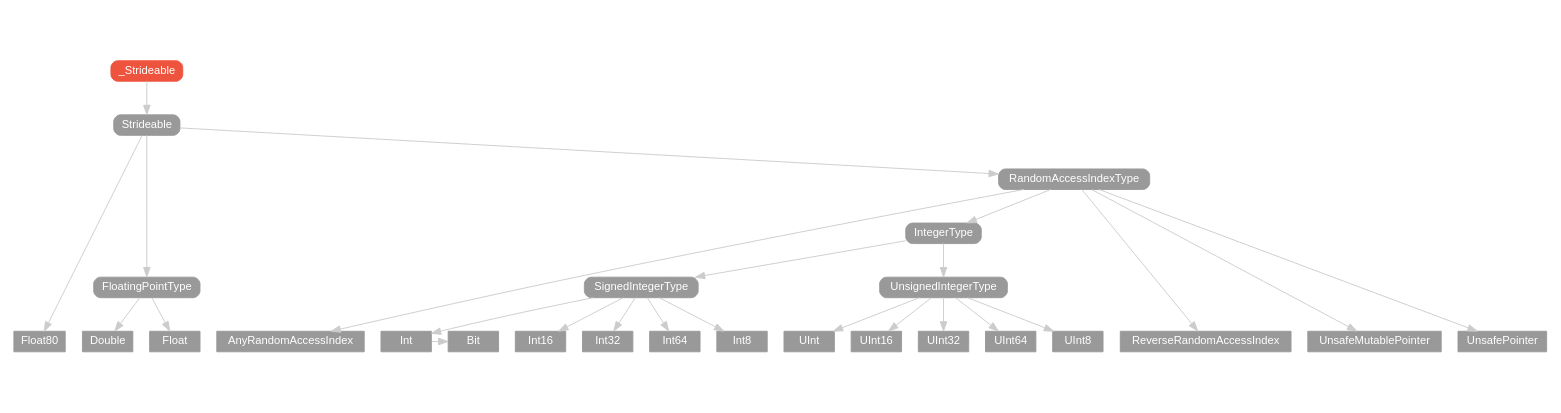
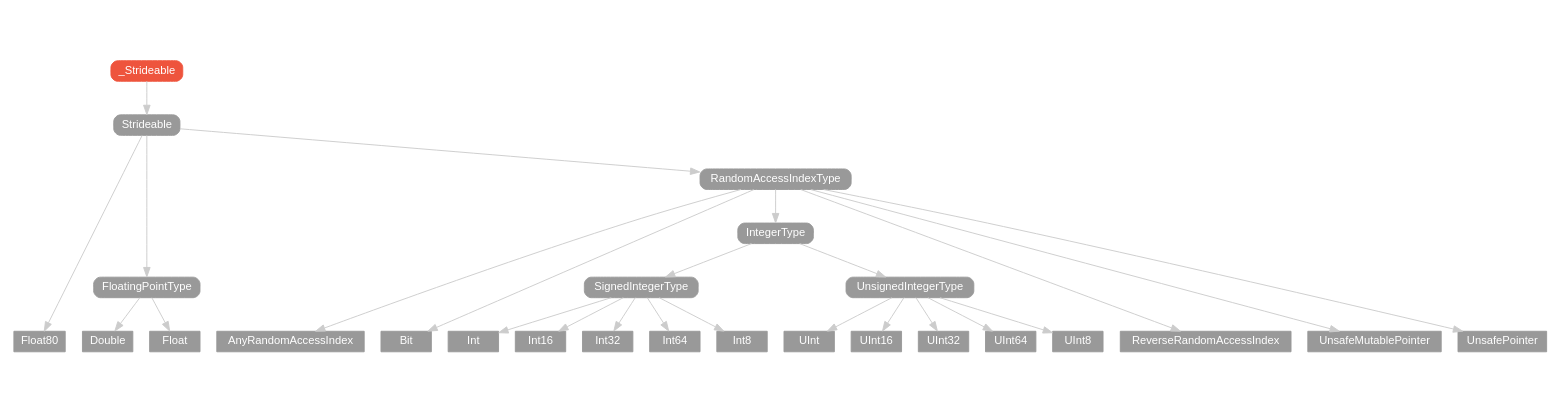
Before and after one commit to SwiftDoc/SwiftDoc.github.io: the diagram in v2.0/protocol/_Strideable/hierarchy/index.dot, drawn with Graphviz. The commit also changed 682 other files, not shown here.

```diff
--- a/v2.0/protocol/_Strideable/hierarchy/index.dot
+++ b/v2.0/protocol/_Strideable/hierarchy/index.dot
@@ -1,56 +1,56 @@
 strict digraph "_Strideable - Type Hierarchy - SwiftDoc.org" {
     pad="0.1,0.8"
     node [shape=box, style="filled,rounded", color="#999999", fillcolor="#999999", fontcolor=white, fontname=Helvetica, fontnames="Helvetica,sansserif", fontsize=12, margin="0.07,0.05", height="0.3"]
     edge [color="#cccccc"]
-    "AnyRandomAccessIndex" [URL="/type/AnyRandomAccessIndex/", style=filled]
-    "Bit" [URL="/type/Bit/", style=filled]
-    "Double" [URL="/type/Double/", style=filled]
-    "Float" [URL="/type/Float/", style=filled]
-    "Float80" [URL="/type/Float80/", style=filled]
-    "FloatingPointType" [URL="/protocol/FloatingPointType/"]
-    "Int" [URL="/type/Int/", style=filled]
-    "Int16" [URL="/type/Int16/", style=filled]
-    "Int32" [URL="/type/Int32/", style=filled]
-    "Int64" [URL="/type/Int64/", style=filled]
-    "Int8" [URL="/type/Int8/", style=filled]
-    "IntegerType" [URL="/protocol/IntegerType/"]
-    "RandomAccessIndexType" [URL="/protocol/RandomAccessIndexType/"]
-    "ReverseRandomAccessIndex" [URL="/type/ReverseRandomAccessIndex/", style=filled]
-    "SignedIntegerType" [URL="/protocol/SignedIntegerType/"]
-    "Strideable" [URL="/protocol/Strideable/"]
-    "UInt" [URL="/type/UInt/", style=filled]
-    "UInt16" [URL="/type/UInt16/", style=filled]
-    "UInt32" [URL="/type/UInt32/", style=filled]
-    "UInt64" [URL="/type/UInt64/", style=filled]
-    "UInt8" [URL="/type/UInt8/", style=filled]
-    "UnsafeMutablePointer" [URL="/type/UnsafeMutablePointer/", style=filled]
-    "UnsafePointer" [URL="/type/UnsafePointer/", style=filled]
-    "UnsignedIntegerType" [URL="/protocol/UnsignedIntegerType/"]
+    "AnyRandomAccessIndex" [URL="/type/AnyRandomAccessIndex/hierarchy/", style=filled]
+    "Bit" [URL="/type/Bit/hierarchy/", style=filled]
+    "Double" [URL="/type/Double/hierarchy/", style=filled]
+    "Float" [URL="/type/Float/hierarchy/", style=filled]
+    "Float80" [URL="/type/Float80/hierarchy/", style=filled]
+    "FloatingPointType" [URL="/protocol/FloatingPointType/hierarchy/"]
+    "Int" [URL="/type/Int/hierarchy/", style=filled]
+    "Int16" [URL="/type/Int16/hierarchy/", style=filled]
+    "Int32" [URL="/type/Int32/hierarchy/", style=filled]
+    "Int64" [URL="/type/Int64/hierarchy/", style=filled]
+    "Int8" [URL="/type/Int8/hierarchy/", style=filled]
+    "IntegerType" [URL="/protocol/IntegerType/hierarchy/"]
+    "RandomAccessIndexType" [URL="/protocol/RandomAccessIndexType/hierarchy/"]
+    "ReverseRandomAccessIndex" [URL="/type/ReverseRandomAccessIndex/hierarchy/", style=filled]
+    "SignedIntegerType" [URL="/protocol/SignedIntegerType/hierarchy/"]
+    "Strideable" [URL="/protocol/Strideable/hierarchy/"]
+    "UInt" [URL="/type/UInt/hierarchy/", style=filled]
+    "UInt16" [URL="/type/UInt16/hierarchy/", style=filled]
+    "UInt32" [URL="/type/UInt32/hierarchy/", style=filled]
+    "UInt64" [URL="/type/UInt64/hierarchy/", style=filled]
+    "UInt8" [URL="/type/UInt8/hierarchy/", style=filled]
+    "UnsafeMutablePointer" [URL="/type/UnsafeMutablePointer/hierarchy/", style=filled]
+    "UnsafePointer" [URL="/type/UnsafePointer/hierarchy/", style=filled]
+    "UnsignedIntegerType" [URL="/protocol/UnsignedIntegerType/hierarchy/"]
     "_Strideable" [URL="/protocol/_Strideable/", style="filled,rounded", fillcolor="#ee543d", color="#ee543d"]    "_Strideable" -> "Strideable"
     "Strideable" -> "Float80"
     "Strideable" -> "FloatingPointType"
     "Strideable" -> "RandomAccessIndexType"
     "FloatingPointType" -> "Double"
     "FloatingPointType" -> "Float"
     "RandomAccessIndexType" -> "AnyRandomAccessIndex"
+    "RandomAccessIndexType" -> "Bit"
     "RandomAccessIndexType" -> "IntegerType"
     "RandomAccessIndexType" -> "ReverseRandomAccessIndex"
     "RandomAccessIndexType" -> "UnsafeMutablePointer"
     "RandomAccessIndexType" -> "UnsafePointer"
     "IntegerType" -> "SignedIntegerType"
     "IntegerType" -> "UnsignedIntegerType"
     "SignedIntegerType" -> "Int"
     "SignedIntegerType" -> "Int16"
     "SignedIntegerType" -> "Int32"
     "SignedIntegerType" -> "Int64"
     "SignedIntegerType" -> "Int8"
-    "Int" -> "Bit"
     "UnsignedIntegerType" -> "UInt"
     "UnsignedIntegerType" -> "UInt16"
     "UnsignedIntegerType" -> "UInt32"
     "UnsignedIntegerType" -> "UInt64"
     "UnsignedIntegerType" -> "UInt8"
     subgraph Types {
-        rank = max; "Float80"; "Double"; "Float"; "AnyRandomAccessIndex"; "ReverseRandomAccessIndex"; "UnsafeMutablePointer"; "UnsafePointer"; "Int"; "Int16"; "Int32"; "Int64"; "Int8"; "Bit"; "UInt"; "UInt16"; "UInt32"; "UInt64"; "UInt8";
+        rank = max; "Float80"; "Double"; "Float"; "AnyRandomAccessIndex"; "Bit"; "ReverseRandomAccessIndex"; "UnsafeMutablePointer"; "UnsafePointer"; "Int"; "Int16"; "Int32"; "Int64"; "Int8"; "UInt"; "UInt16"; "UInt32"; "UInt64"; "UInt8";
     }
 }
```
